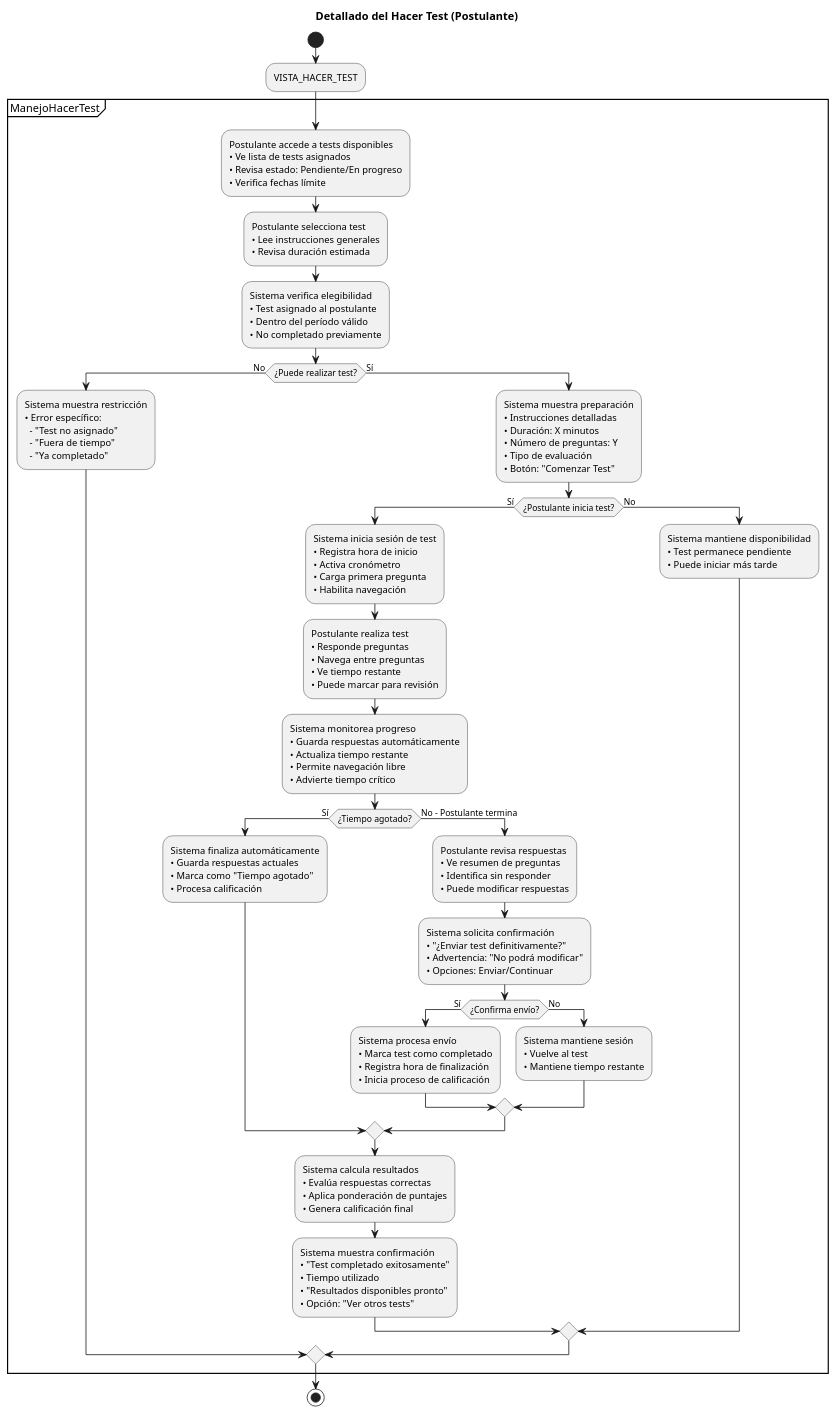
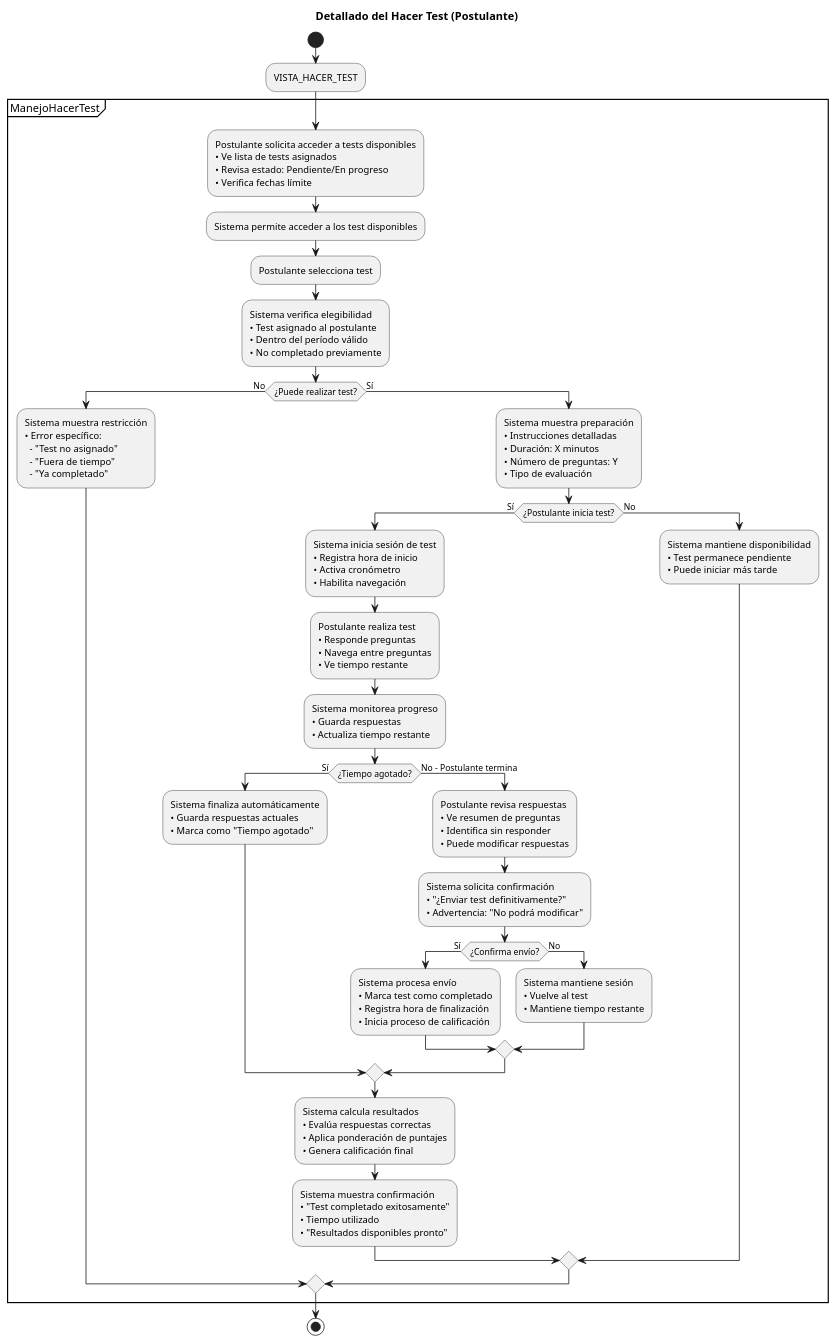
The diagram in casos_de_uso/diagramas_casos_de_uso_detallados/hacer_test.puml (Dievex/24-25-IdSw1-SDR), drawn with PlantUML before and after one commit. The commit also changed 1 other file, not shown here.

Commit message:
refactor(usecase-diagrams): update actor roles and streamline test flow

```diff
--- a/casos_de_uso/diagramas_casos_de_uso_detallados/hacer_test.puml
+++ b/casos_de_uso/diagramas_casos_de_uso_detallados/hacer_test.puml
@@ -1,117 +1,109 @@
 @startuml
 title Detallado del Hacer Test (Postulante)
 
 start
 
 :VISTA_HACER_TEST;
 
 partition ManejoHacerTest {
   
-  :Postulante accede a tests disponibles
+  :Postulante solicita acceder a tests disponibles
   • Ve lista de tests asignados
   • Revisa estado: Pendiente/En progreso
   • Verifica fechas límite;
+
+  :Sistema permite acceder a los test disponibles;
   
-  :Postulante selecciona test
-  • Lee instrucciones generales
-  • Revisa duración estimada;
+  :Postulante selecciona test;
  
   
   :Sistema verifica elegibilidad
   • Test asignado al postulante
   • Dentro del período válido
   • No completado previamente;
 
   
   if (¿Puede realizar test?) then (No)
     :Sistema muestra restricción
     • Error específico:
       - "Test no asignado"
       - "Fuera de tiempo"
       - "Ya completado";
    
     
   else (Sí)
     :Sistema muestra preparación
     • Instrucciones detalladas
     • Duración: X minutos
     • Número de preguntas: Y
-    • Tipo de evaluación
-    • Botón: "Comenzar Test";
+    • Tipo de evaluación;
     
     if (¿Postulante inicia test?) then (Sí)
       :Sistema inicia sesión de test
       • Registra hora de inicio
       • Activa cronómetro
-      • Carga primera pregunta
       • Habilita navegación;
       
       :Postulante realiza test
       • Responde preguntas
       • Navega entre preguntas
-      • Ve tiempo restante
-      • Puede marcar para revisión;
+      • Ve tiempo restante;
       
       :Sistema monitorea progreso
-      • Guarda respuestas automáticamente
-      • Actualiza tiempo restante
-      • Permite navegación libre
-      • Advierte tiempo crítico;
+      • Guarda respuestas
+      • Actualiza tiempo restante;
       
       if (¿Tiempo agotado?) then (Sí)
         :Sistema finaliza automáticamente
         • Guarda respuestas actuales
-        • Marca como "Tiempo agotado"
-        • Procesa calificación;
+        • Marca como "Tiempo agotado";
         
       else (No - Postulante termina)
         :Postulante revisa respuestas
         • Ve resumen de preguntas
         • Identifica sin responder
         • Puede modificar respuestas;
         
         :Sistema solicita confirmación
         • "¿Enviar test definitivamente?"
-        • Advertencia: "No podrá modificar"
-        • Opciones: Enviar/Continuar;
+        • Advertencia: "No podrá modificar";
         
         if (¿Confirma envío?) then (Sí)
           :Sistema procesa envío
           • Marca test como completado
           • Registra hora de finalización
           • Inicia proceso de calificación;
           
         else (No)
           :Sistema mantiene sesión
           • Vuelve al test
           • Mantiene tiempo restante;
           
         endif
         
       endif
       
       :Sistema calcula resultados
       • Evalúa respuestas correctas
       • Aplica ponderación de puntajes
       • Genera calificación final;
       
       
       :Sistema muestra confirmación
       • "Test completado exitosamente"
       • Tiempo utilizado
-      • "Resultados disponibles pronto"
-      • Opción: "Ver otros tests";
+      • "Resultados disponibles pronto";
       
     else (No)
       :Sistema mantiene disponibilidad
       • Test permanece pendiente
       • Puede iniciar más tarde;
       
     endif
     
   endif
   
 }
 
 stop
 @enduml
```
